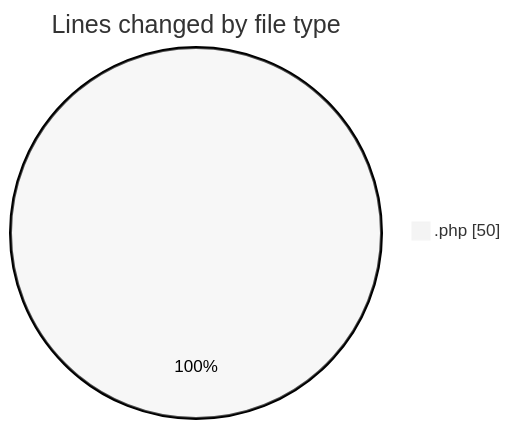
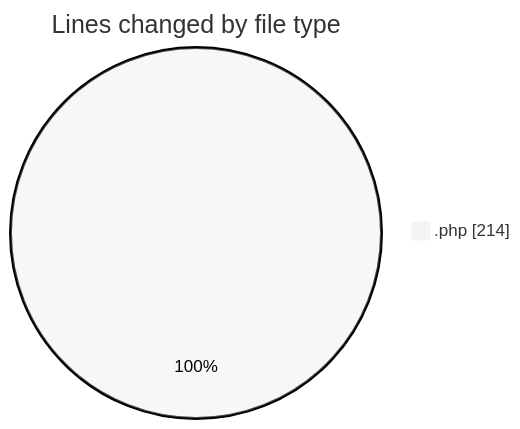
The first of 2 diagrams in 2025-04-11/zeytoon/README.md (vahidmafi/code-tracking), drawn with Mermaid (neutral theme) before and after one commit. The commit also changed other lines of this file and 1 other file, not shown here.

````diff
--- a/2025-04-11/zeytoon/README.md
+++ b/2025-04-11/zeytoon/README.md
@@ -21,5 +22,5 @@
 ```mermaid
 pie showData
 title Lines changed by file type
-".php" : 50
+".php" : 214
 ```
````
